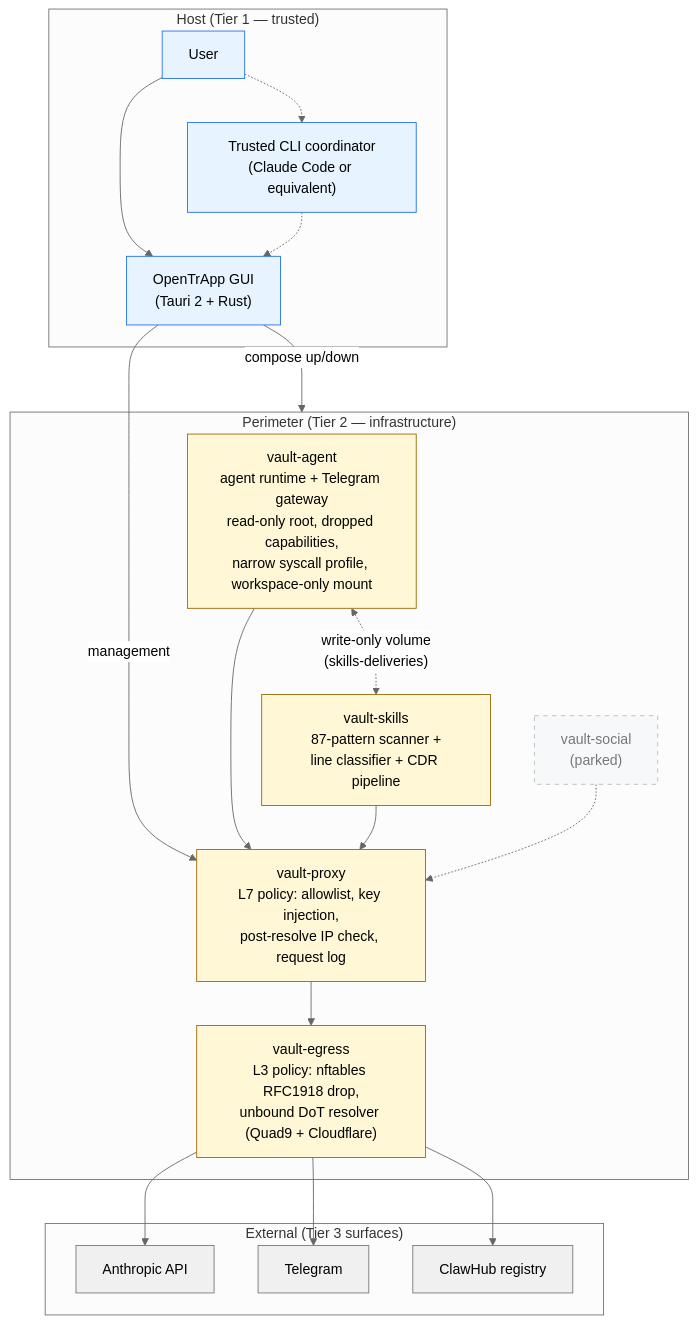
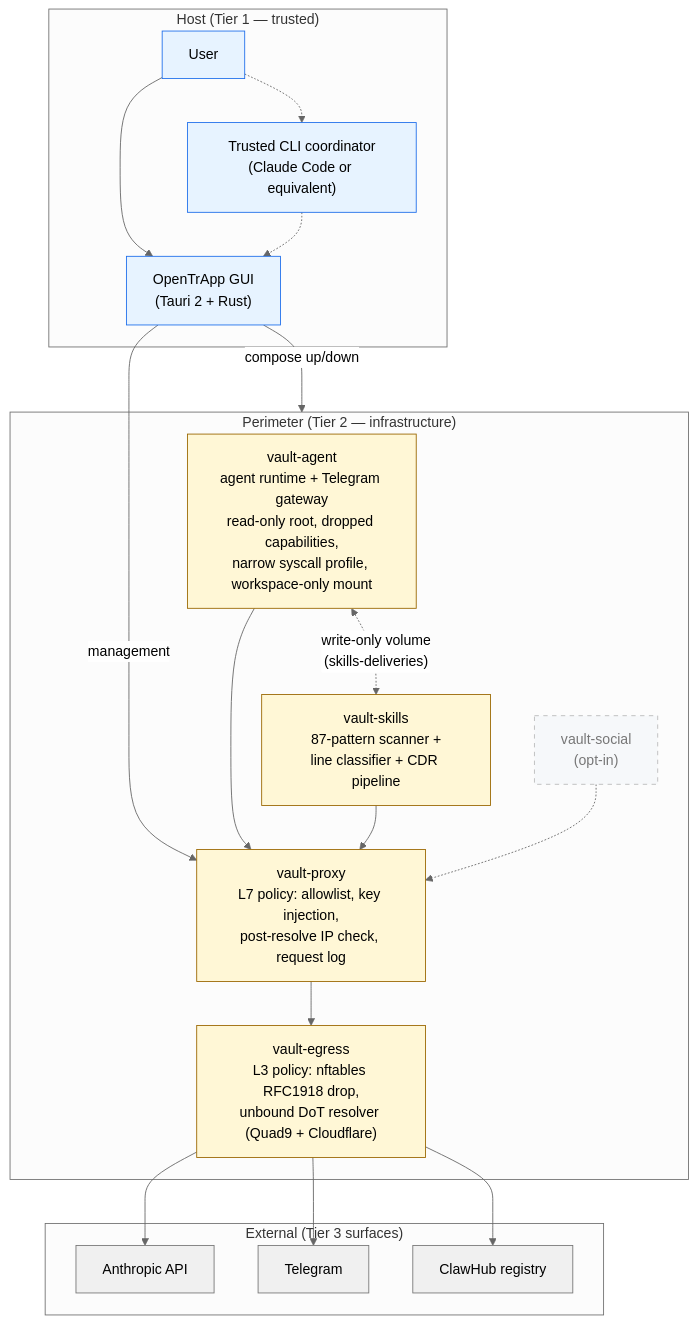
Before and after one commit to albertdobmeyer/opentrapp: the first of 5 diagrams in docs/diagrams.md, drawn with Mermaid (neutral theme). The commit also changed other lines of this file and 7 other files, not shown here.

````diff
--- a/docs/diagrams.md
+++ b/docs/diagrams.md
@@ -17,48 +17,48 @@
 ```mermaid
 flowchart TB
     subgraph HOST["Host (Tier 1 — trusted)"]
         USER[User]
         GUI["OpenTrApp GUI<br/>(Tauri 2 + Rust)"]
         COORD["Trusted CLI coordinator<br/>(Claude Code or equivalent)"]
     end
 
     subgraph PERIMETER["Perimeter (Tier 2 — infrastructure)"]
         AGENT["vault-agent<br/>agent runtime + Telegram gateway<br/>read-only root, dropped capabilities,<br/>narrow syscall profile, workspace-only mount"]
         FORGE["vault-skills<br/>87-pattern scanner +<br/>line classifier + CDR pipeline"]
-        PIONEER["vault-social<br/>(parked)"]
+        PIONEER["vault-social<br/>(opt-in)"]
         PROXY["vault-proxy<br/>L7 policy: allowlist, key injection,<br/>post-resolve IP check, request log"]
         EGRESS["vault-egress<br/>L3 policy: nftables RFC1918 drop,<br/>unbound DoT resolver (Quad9 + Cloudflare)"]
     end
 
     subgraph EXTERNAL["External (Tier 3 surfaces)"]
         ANTHROPIC[Anthropic API]
         TELEGRAM[Telegram]
         CLAWHUB[ClawHub registry]
     end
 
     USER --> GUI
     USER -.-> COORD
     COORD -.-> GUI
     GUI -->|compose up/down| PERIMETER
     GUI -->|management| PROXY
 
     AGENT --> PROXY
     FORGE --> PROXY
     PIONEER -.-> PROXY
     AGENT <-.->|"write-only volume<br/>(skills-deliveries)"| FORGE
 
     PROXY --> EGRESS
     EGRESS --> ANTHROPIC
     EGRESS --> TELEGRAM
     EGRESS --> CLAWHUB
 
     classDef trusted fill:#e7f3ff,stroke:#1f6feb,color:#000
     classDef perim fill:#fff7d6,stroke:#9a6700,color:#000
     classDef parked fill:#f6f8fa,stroke:#bbb,color:#777,stroke-dasharray: 5 5
     classDef external fill:#f0f0f0,stroke:#777,color:#000
 
     class USER,GUI,COORD trusted
     class AGENT,FORGE,PROXY,EGRESS perim
     class PIONEER parked
     class ANTHROPIC,TELEGRAM,CLAWHUB external
 ```
````
